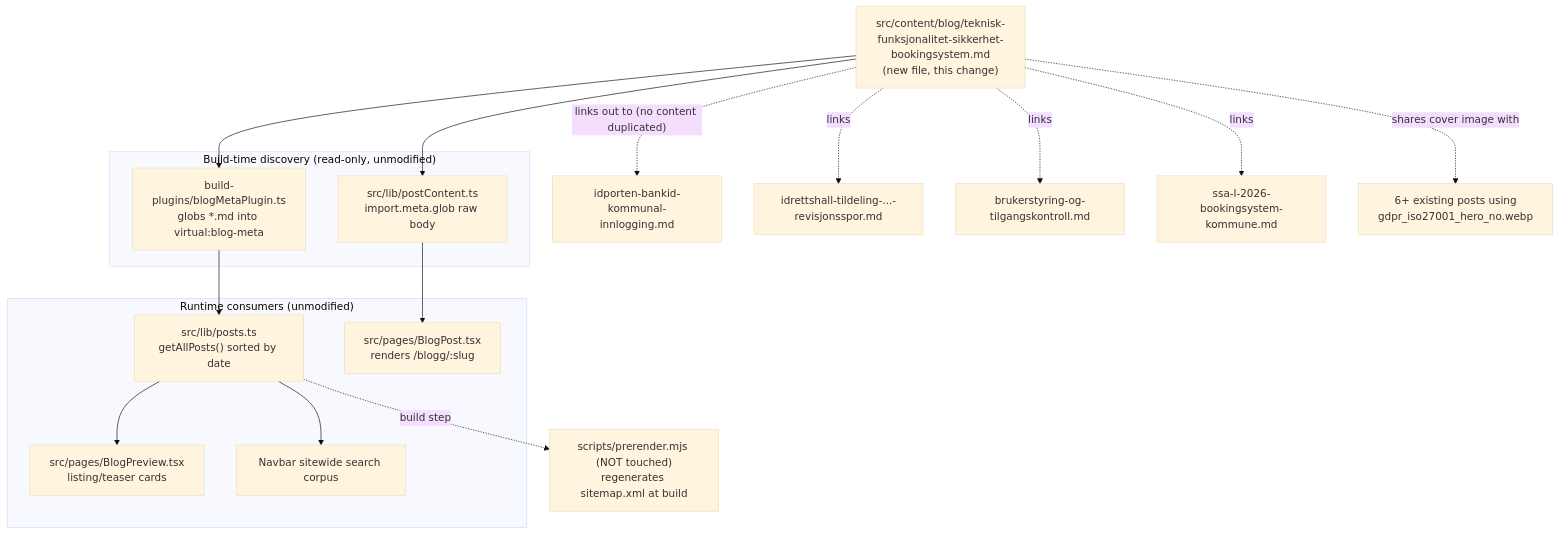
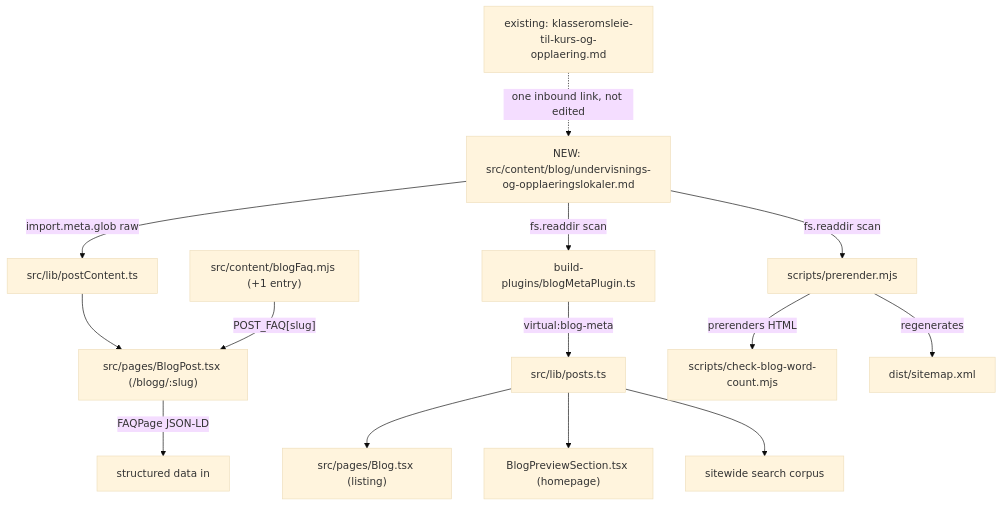
The diagram in AGENT-SPEC.md (Xala-Technologies/booking-brilliance), drawn with Mermaid (base theme) before and after one commit. The commit also changed other lines of this file and 2 other files, not shown here.

First line of the commit message:
feat(XAL-1150): add undervisnings- og opplæringslokaler blog post

````diff
--- a/AGENT-SPEC.md
+++ b/AGENT-SPEC.md
@@ -120,30 +120,23 @@
 ```mermaid
-flowchart TD
-    MD["src/content/blog/teknisk-funksjonalitet-sikkerhet-bookingsystem.md<br/>(new file, this change)"]
+graph TD
+    NewMd["NEW: src/content/blog/undervisnings-og-opplaeringslokaler.md"]
+    FaqMjs["src/content/blogFaq.mjs (+1 entry)"]
 
-    subgraph BuildTime["Build-time discovery (read-only, unmodified)"]
-        Plugin["build-plugins/blogMetaPlugin.ts<br/>globs *.md into virtual:blog-meta"]
-        RawGlob["src/lib/postContent.ts<br/>import.meta.glob raw body"]
-    end
+    NewMd -->|"import.meta.glob raw"| PostContent["src/lib/postContent.ts"]
+    NewMd -->|"fs.readdir scan"| MetaPlugin["build-plugins/blogMetaPlugin.ts"]
+    NewMd -->|"fs.readdir scan"| Prerender["scripts/prerender.mjs"]
 
-    subgraph Runtime["Runtime consumers (unmodified)"]
-        PostsTS["src/lib/posts.ts<br/>getAllPosts() sorted by date"]
-        BlogPost["src/pages/BlogPost.tsx<br/>renders /blogg/:slug"]
-        BlogPreview["src/pages/BlogPreview.tsx<br/>listing/teaser cards"]
-        Search["Navbar sitewide search corpus"]
-    end
+    MetaPlugin -->|"virtual:blog-meta"| Posts["src/lib/posts.ts"]
+    Posts --> BlogList["src/pages/Blog.tsx (listing)"]
+    Posts --> Teaser["BlogPreviewSection.tsx (homepage)"]
+    Posts --> SearchCorpus["sitewide search corpus"]
 
-    Prerender["scripts/prerender.mjs (NOT touched)<br/>regenerates sitemap.xml at build"]
+    PostContent --> BlogPost["src/pages/BlogPost.tsx (/blogg/:slug)"]
+    FaqMjs -->|"POST_FAQ[slug]"| BlogPost
+    BlogPost -->|"FAQPage JSON-LD"| Schema["structured data in <head>"]
 
-    MD --> Plugin --> PostsTS
-    MD --> RawGlob --> BlogPost
-    PostsTS --> BlogPreview
-    PostsTS --> Search
-    PostsTS -.build step.-> Prerender
+    Prerender -->|"prerenders HTML"| WordGate["scripts/check-blog-word-count.mjs"]
+    Prerender -->|"regenerates"| Sitemap["dist/sitemap.xml"]
 
-    MD -. "links out to (no content duplicated)" .-> A["idporten-bankid-kommunal-innlogging.md"]
-    MD -. links .-> B["idrettshall-tildeling-...-revisjonsspor.md"]
-    MD -. links .-> C["brukerstyring-og-tilgangskontroll.md"]
-    MD -. links .-> D["ssa-l-2026-bookingsystem-kommune.md"]
-    MD -. "shares cover image with" .-> E["6+ existing posts using<br/>gdpr_iso27001_hero_no.webp"]
+    Existing["existing: klasseromsleie-til-kurs-og-opplaering.md"] -.->|"one inbound link, not edited"| NewMd
 ```
````
